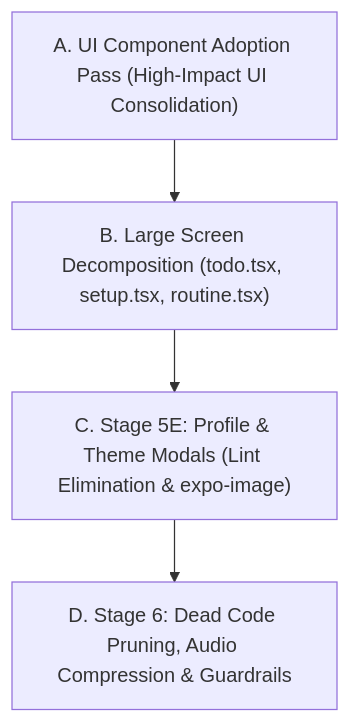
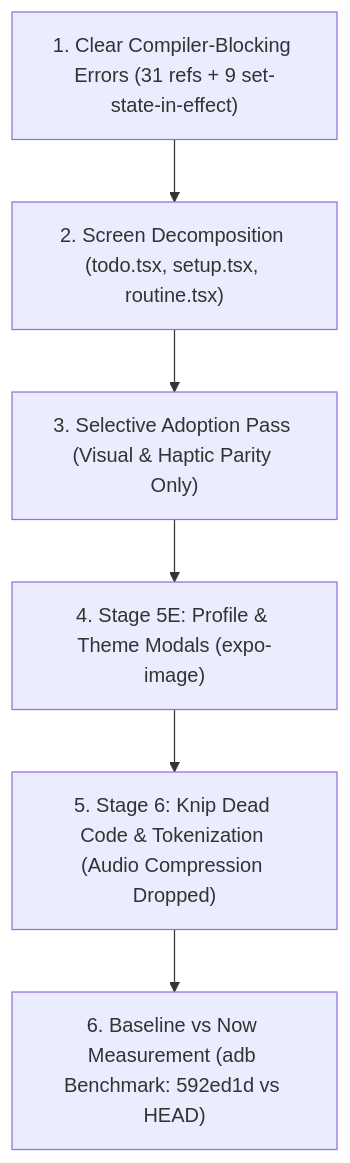
One commit to sarveshv9/DailyDex changed the second of 2 diagrams in docs/REFACTOR_PLAN.md. Above: the diagram before and after it, drawn with Mermaid. The commit also changed other lines of this file and 9 other files, not shown here.

````diff
--- a/docs/REFACTOR_PLAN.md
+++ b/docs/REFACTOR_PLAN.md
@@ -299,6 +299,8 @@
 ```mermaid
 graph TD
-    A["A. UI Component Adoption Pass (High-Impact UI Consolidation)"] --> B["B. Large Screen Decomposition (todo.tsx, setup.tsx, routine.tsx)"]
-    B --> C["C. Stage 5E: Profile & Theme Modals (Lint Elimination & expo-image)"]
-    C --> D["D. Stage 6: Dead Code Pruning, Audio Compression & Guardrails"]
+    W1["1. Clear Compiler-Blocking Errors (31 refs + 9 set-state-in-effect)"] --> W2["2. Screen Decomposition (todo.tsx, setup.tsx, routine.tsx)"]
+    W2 --> W3["3. Selective Adoption Pass (Visual & Haptic Parity Only)"]
+    W3 --> W4["4. Stage 5E: Profile & Theme Modals (expo-image)"]
+    W4 --> W5["5. Stage 6: Knip Dead Code & Tokenization (Audio Compression Dropped)"]
+    W5 --> W6["6. Baseline vs Now Measurement (adb Benchmark: 592ed1d vs HEAD)"]
 ```
````
